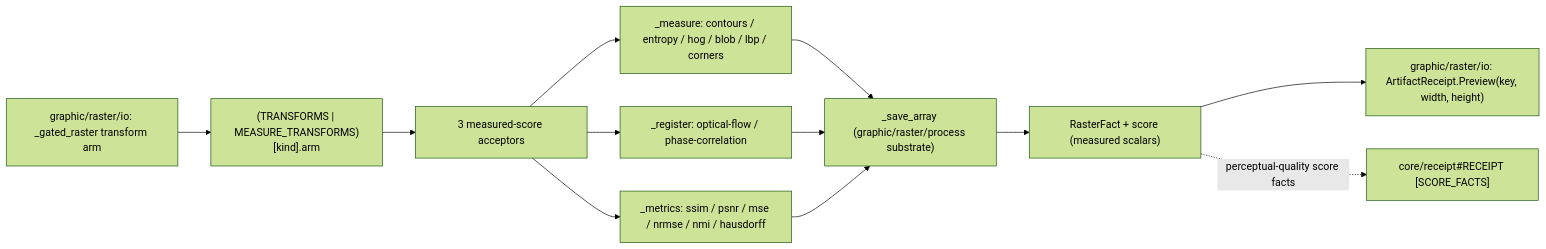
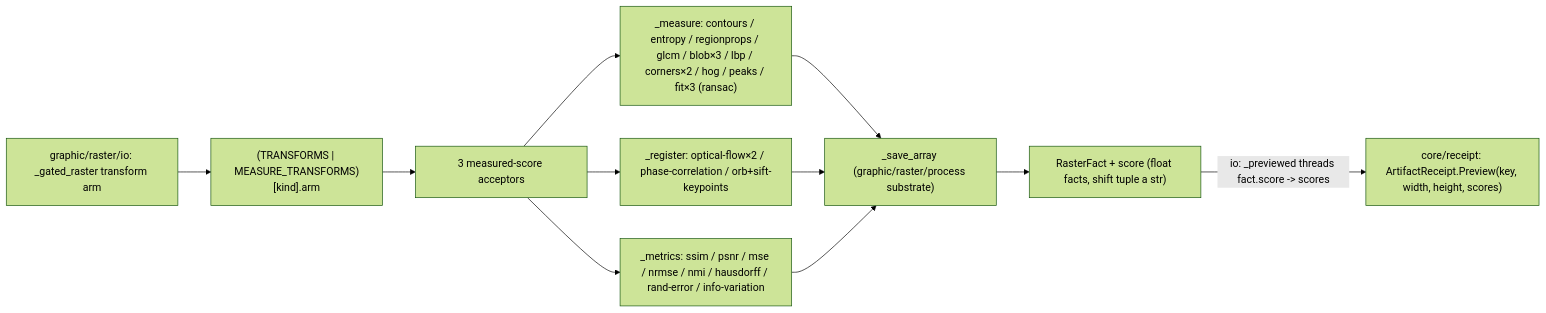
The diagram in libs/python/artifacts/.planning/graphic/raster/measure.md (bsamiee/Rasm), drawn with Mermaid (forest theme) before and after one commit. The commit also changed other lines of this file and 21 other files, not shown here.

````diff
--- a/libs/python/artifacts/.planning/graphic/raster/measure.md
+++ b/libs/python/artifacts/.planning/graphic/raster/measure.md
@@ -97,14 +154,13 @@
 ```mermaid
 flowchart LR
     Tx["graphic/raster/io: _gated_raster transform arm"] --> Table["(TRANSFORMS | MEASURE_TRANSFORMS)[kind].arm"]
     Table --> Acc["3 measured-score acceptors"]
-    Acc --> Mea["_measure: contours / entropy / hog / blob / lbp / corners"]
-    Acc --> Reg["_register: optical-flow / phase-correlation"]
-    Acc --> Met["_metrics: ssim / psnr / mse / nrmse / nmi / hausdorff"]
+    Acc --> Mea["_measure: contours / entropy / regionprops / glcm / blob×3 / lbp / corners×2 / hog / peaks / fit×3 (ransac)"]
+    Acc --> Reg["_register: optical-flow×2 / phase-correlation / orb+sift-keypoints"]
+    Acc --> Met["_metrics: ssim / psnr / mse / nrmse / nmi / hausdorff / rand-error / info-variation"]
     Mea --> Save["_save_array (graphic/raster/process substrate)"]
     Reg --> Save
     Met --> Save
-    Save --> Fact["RasterFact + score (measured scalars)"]
-    Fact --> Receipt["graphic/raster/io: ArtifactReceipt.Preview(key, width, height)"]
-    Fact -.->|"perceptual-quality score facts"| Score["core/receipt#RECEIPT [SCORE_FACTS]"]
+    Save --> Fact["RasterFact + score (float facts, shift tuple a str)"]
+    Fact -->|"io: _previewed threads fact.score -> scores"| Preview["core/receipt: ArtifactReceipt.Preview(key, width, height, scores)"]
 ```
````
